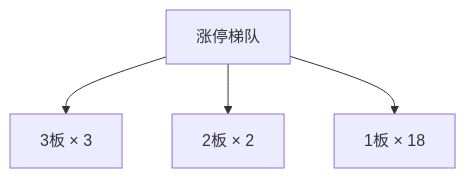
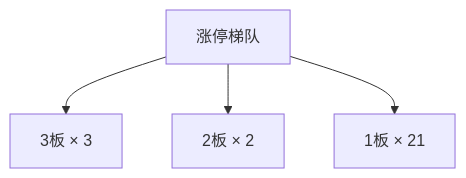
The second of 3 diagrams in content/投研交易/盘中分析/20261119.md (chenyang1999/chzl-kg), drawn with Mermaid before and after one commit. The commit also changed other lines of this file, not shown here.

````diff
--- a/content/投研交易/盘中分析/20261119.md
+++ b/content/投研交易/盘中分析/20261119.md
@@ -68,10 +67,10 @@
 ```mermaid
 flowchart TD
     B_0["3板 × 3"]
     B_1["2板 × 2"]
-    B_2["1板 × 18"]
+    B_2["1板 × 21"]
     ROOT["涨停梯队"]
     ROOT --> B_0
     ROOT --> B_1
     ROOT --> B_2
 ```
````
